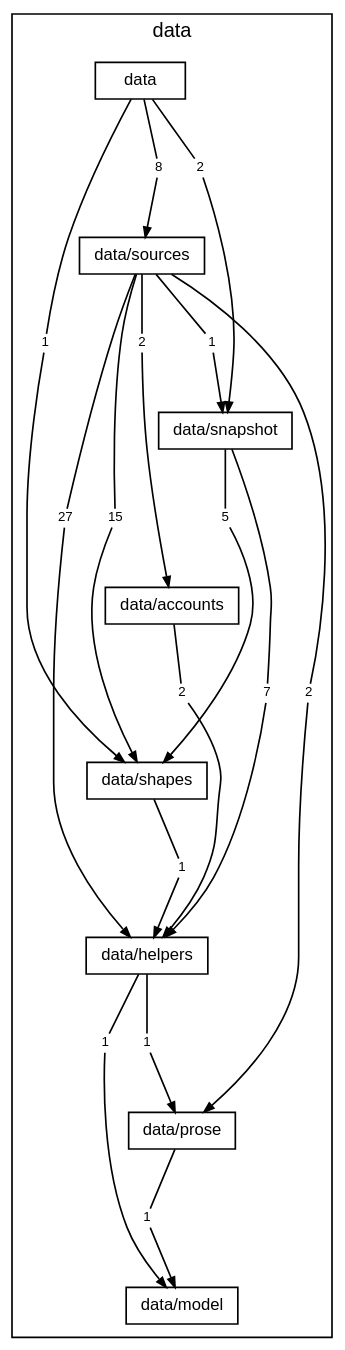
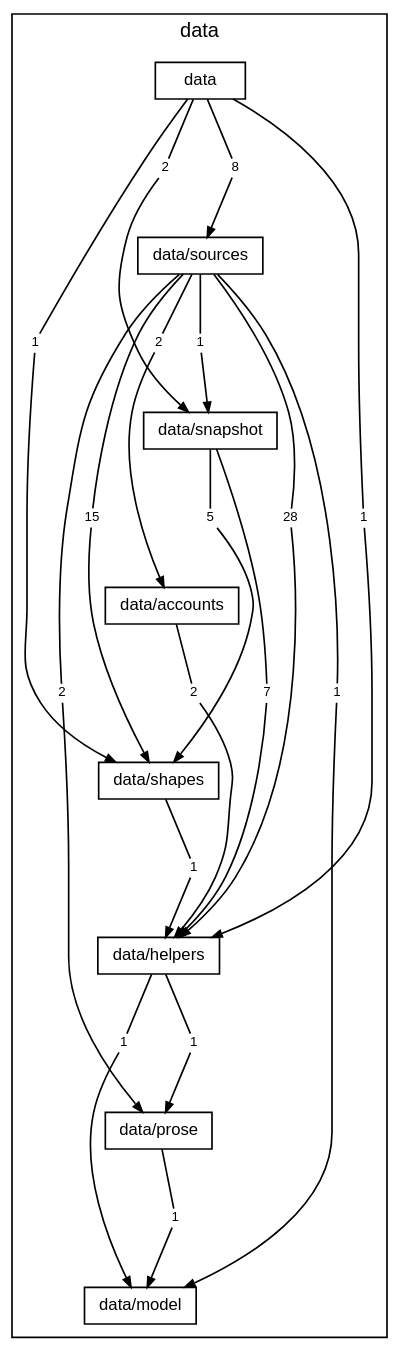
One commit to TheAxeC/oculus changed the diagram in docs/diagrams/layer-data.dot. Above: the diagram before and after it, drawn with Graphviz. The commit also changed 149 other files, not shown here.

```diff
--- a/docs/diagrams/layer-data.dot
+++ b/docs/diagrams/layer-data.dot
@@ -1,68 +1,74 @@
 digraph layer_data {
     graph [bgcolor="transparent", rankdir=TB, newrank=true, mclimit=4, fontname="Helvetica,Arial,sans-serif", fontsize=12, nodesep=0.2, ranksep=0.5];
     node [shape=box, color="black", fontcolor="black", fontname="Helvetica,Arial,sans-serif", fontsize=10, height=0.3, margin="0.12,0.04"];
     edge [color="black", fontcolor="black", fontname="Helvetica,Arial,sans-serif", fontsize=8, arrowsize=0.6];
     subgraph "cluster_data" {
         label="data"; style=solid;
         "folder data" [label="data"];
         "folder data/sources" [label="data/sources"];
         "folder data/snapshot" [label="data/snapshot"];
         "folder data/accounts" [label="data/accounts"];
         "folder data/shapes" [label="data/shapes"];
         "folder data/helpers" [label="data/helpers"];
         "folder data/prose" [label="data/prose"];
         "folder data/model" [label="data/model"];
+        "folder data to folder data/helpers" [label="1", shape=box, color="transparent", fontsize=8, width=0, height=0, margin="0.04,0.02"];
         "folder data to folder data/shapes" [label="1", shape=box, color="transparent", fontsize=8, width=0, height=0, margin="0.04,0.02"];
         "folder data to folder data/snapshot" [label="2", shape=box, color="transparent", fontsize=8, width=0, height=0, margin="0.04,0.02"];
         "folder data to folder data/sources" [label="8", shape=box, color="transparent", fontsize=8, width=0, height=0, margin="0.04,0.02"];
         "folder data/sources to folder data/accounts" [label="2", shape=box, color="transparent", fontsize=8, width=0, height=0, margin="0.04,0.02"];
-        "folder data/sources to folder data/helpers" [label="27", shape=box, color="transparent", fontsize=8, width=0, height=0, margin="0.04,0.02"];
+        "folder data/sources to folder data/helpers" [label="28", shape=box, color="transparent", fontsize=8, width=0, height=0, margin="0.04,0.02"];
+        "folder data/sources to folder data/model" [label="1", shape=box, color="transparent", fontsize=8, width=0, height=0, margin="0.04,0.02"];
         "folder data/sources to folder data/prose" [label="2", shape=box, color="transparent", fontsize=8, width=0, height=0, margin="0.04,0.02"];
         "folder data/sources to folder data/shapes" [label="15", shape=box, color="transparent", fontsize=8, width=0, height=0, margin="0.04,0.02"];
         "folder data/sources to folder data/snapshot" [label="1", shape=box, color="transparent", fontsize=8, width=0, height=0, margin="0.04,0.02"];
         "folder data/snapshot to folder data/helpers" [label="7", shape=box, color="transparent", fontsize=8, width=0, height=0, margin="0.04,0.02"];
         "folder data/snapshot to folder data/shapes" [label="5", shape=box, color="transparent", fontsize=8, width=0, height=0, margin="0.04,0.02"];
         "folder data/accounts to folder data/helpers" [label="2", shape=box, color="transparent", fontsize=8, width=0, height=0, margin="0.04,0.02"];
         "folder data/shapes to folder data/helpers" [label="1", shape=box, color="transparent", fontsize=8, width=0, height=0, margin="0.04,0.02"];
         "folder data/helpers to folder data/model" [label="1", shape=box, color="transparent", fontsize=8, width=0, height=0, margin="0.04,0.02"];
         "folder data/helpers to folder data/prose" [label="1", shape=box, color="transparent", fontsize=8, width=0, height=0, margin="0.04,0.02"];
         "folder data/prose to folder data/model" [label="1", shape=box, color="transparent", fontsize=8, width=0, height=0, margin="0.04,0.02"];
     }
     "folder data" -> "folder data/sources" [style=invis, weight=10, minlen=2];
     "folder data/sources" -> "folder data/snapshot" [style=invis, weight=10, minlen=2];
     "folder data/snapshot" -> "folder data/accounts" [style=invis, weight=10, minlen=2];
     "folder data/accounts" -> "folder data/shapes" [style=invis, weight=10, minlen=2];
     "folder data/shapes" -> "folder data/helpers" [style=invis, weight=10, minlen=2];
     "folder data/helpers" -> "folder data/prose" [style=invis, weight=10, minlen=2];
     "folder data/prose" -> "folder data/model" [style=invis, weight=10, minlen=2];
+    "folder data" -> "folder data to folder data/helpers" [arrowhead=none, minlen=5, weight=10];
+    "folder data to folder data/helpers" -> "folder data/helpers" [];
     "folder data" -> "folder data to folder data/shapes" [arrowhead=none, minlen=3, weight=10];
     "folder data to folder data/shapes" -> "folder data/shapes" [];
     "folder data" -> "folder data to folder data/snapshot" [arrowhead=none, minlen=1, weight=10];
     "folder data to folder data/snapshot" -> "folder data/snapshot" [];
     "folder data" -> "folder data to folder data/sources" [arrowhead=none, minlen=1, weight=10];
     "folder data to folder data/sources" -> "folder data/sources" [];
     "folder data/sources" -> "folder data/sources to folder data/accounts" [arrowhead=none, minlen=1, weight=10];
     "folder data/sources to folder data/accounts" -> "folder data/accounts" [];
     "folder data/sources" -> "folder data/sources to folder data/helpers" [arrowhead=none, minlen=3, weight=10];
     "folder data/sources to folder data/helpers" -> "folder data/helpers" [];
+    "folder data/sources" -> "folder data/sources to folder data/model" [arrowhead=none, minlen=5, weight=10];
+    "folder data/sources to folder data/model" -> "folder data/model" [];
     "folder data/sources" -> "folder data/sources to folder data/prose" [arrowhead=none, minlen=5, weight=10];
     "folder data/sources to folder data/prose" -> "folder data/prose" [];
     "folder data/sources" -> "folder data/sources to folder data/shapes" [arrowhead=none, minlen=3, weight=10];
     "folder data/sources to folder data/shapes" -> "folder data/shapes" [];
     "folder data/sources" -> "folder data/sources to folder data/snapshot" [arrowhead=none, minlen=1, weight=10];
     "folder data/sources to folder data/snapshot" -> "folder data/snapshot" [];
     "folder data/snapshot" -> "folder data/snapshot to folder data/helpers" [arrowhead=none, minlen=3, weight=10];
     "folder data/snapshot to folder data/helpers" -> "folder data/helpers" [];
     "folder data/snapshot" -> "folder data/snapshot to folder data/shapes" [arrowhead=none, minlen=1, weight=10];
     "folder data/snapshot to folder data/shapes" -> "folder data/shapes" [];
     "folder data/accounts" -> "folder data/accounts to folder data/helpers" [arrowhead=none, minlen=1, weight=10];
     "folder data/accounts to folder data/helpers" -> "folder data/helpers" [];
     "folder data/shapes" -> "folder data/shapes to folder data/helpers" [arrowhead=none, minlen=1, weight=10];
     "folder data/shapes to folder data/helpers" -> "folder data/helpers" [];
     "folder data/helpers" -> "folder data/helpers to folder data/model" [arrowhead=none, minlen=1, weight=10];
     "folder data/helpers to folder data/model" -> "folder data/model" [];
     "folder data/helpers" -> "folder data/helpers to folder data/prose" [arrowhead=none, minlen=1, weight=10];
     "folder data/helpers to folder data/prose" -> "folder data/prose" [];
     "folder data/prose" -> "folder data/prose to folder data/model" [arrowhead=none, minlen=1, weight=10];
     "folder data/prose to folder data/model" -> "folder data/model" [];
 }
```
